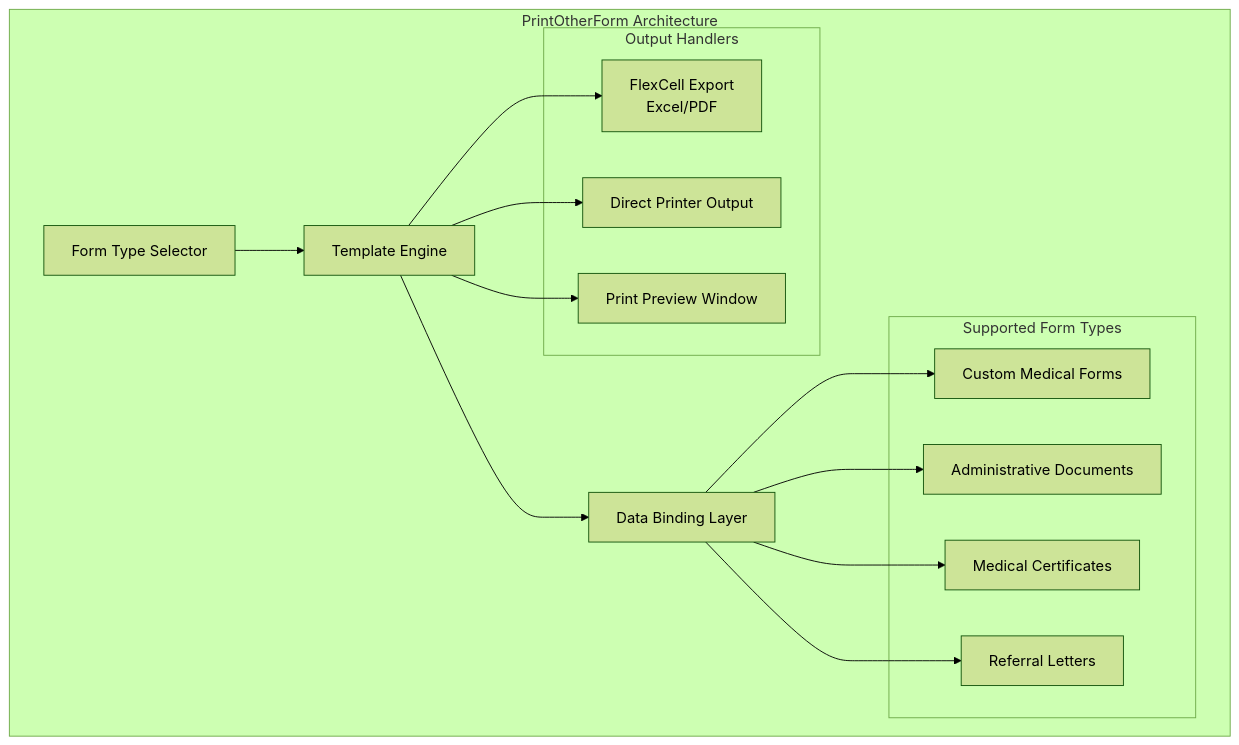
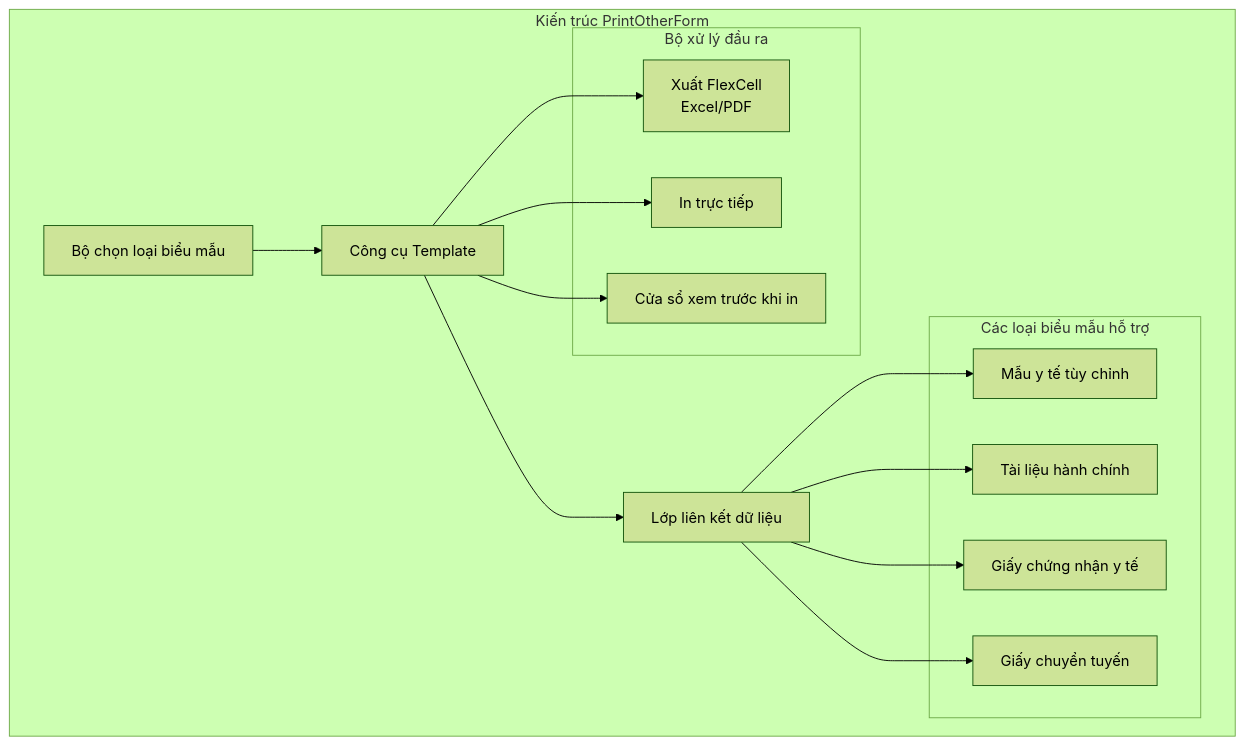
The third of 14 diagrams in docs/his-ba-documentation/04-integrations/helper-plugins.md (thangpnb/HIS), drawn with Mermaid (forest theme) before and after one commit. The commit also changed other lines of this file and 30 other files, not shown here.

Commit message:
Refactor architecture docs and update translations

````diff
--- a/docs/his-ba-documentation/04-integrations/helper-plugins.md
+++ b/docs/his-ba-documentation/04-integrations/helper-plugins.md
@@ -101,33 +101,33 @@
 ```mermaid
 graph TB
-    subgraph "PrintOtherForm Architecture"
-        FormSelector["Form Type Selector"]
-        TemplateEngine["Template Engine"]
-        DataBinder["Data Binding Layer"]
+    subgraph "Kiến trúc PrintOtherForm"
+        FormSelector["Bộ chọn loại biểu mẫu"]
+        TemplateEngine["Công cụ Template"]
+        DataBinder["Lớp liên kết dữ liệu"]
         
-        subgraph "Supported Form Types"
-            Custom["Custom Medical Forms"]
-            Administrative["Administrative Documents"]
-            Certificates["Medical Certificates"]
-            Letters["Referral Letters"]
+        subgraph "Các loại biểu mẫu hỗ trợ"
+            Custom["Mẫu y tế tùy chỉnh"]
+            Administrative["Tài liệu hành chính"]
+            Certificates["Giấy chứng nhận y tế"]
+            Letters["Giấy chuyển tuyến"]
         end
         
-        subgraph "Output Handlers"
-            FlexCell["FlexCell Export<br/>Excel/PDF"]
-            DirectPrint["Direct Printer Output"]
-            Preview["Print Preview Window"]
+        subgraph "Bộ xử lý đầu ra"
+            FlexCell["Xuất FlexCell<br/>Excel/PDF"]
+            DirectPrint["In trực tiếp"]
+            Preview["Cửa sổ xem trước khi in"]
         end
     end
     
     FormSelector --> TemplateEngine
     TemplateEngine --> DataBinder
     
     DataBinder --> Custom
     DataBinder --> Administrative
     DataBinder --> Certificates
     DataBinder --> Letters
     
     TemplateEngine --> FlexCell
     TemplateEngine --> DirectPrint
     TemplateEngine --> Preview
 ```
````
